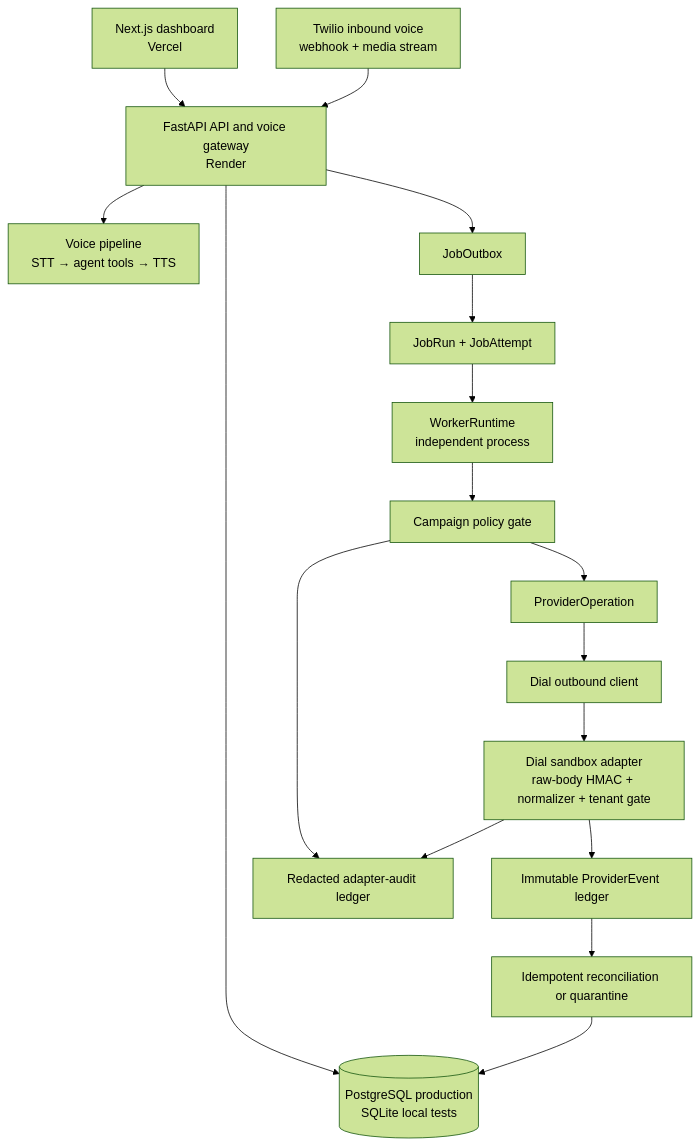
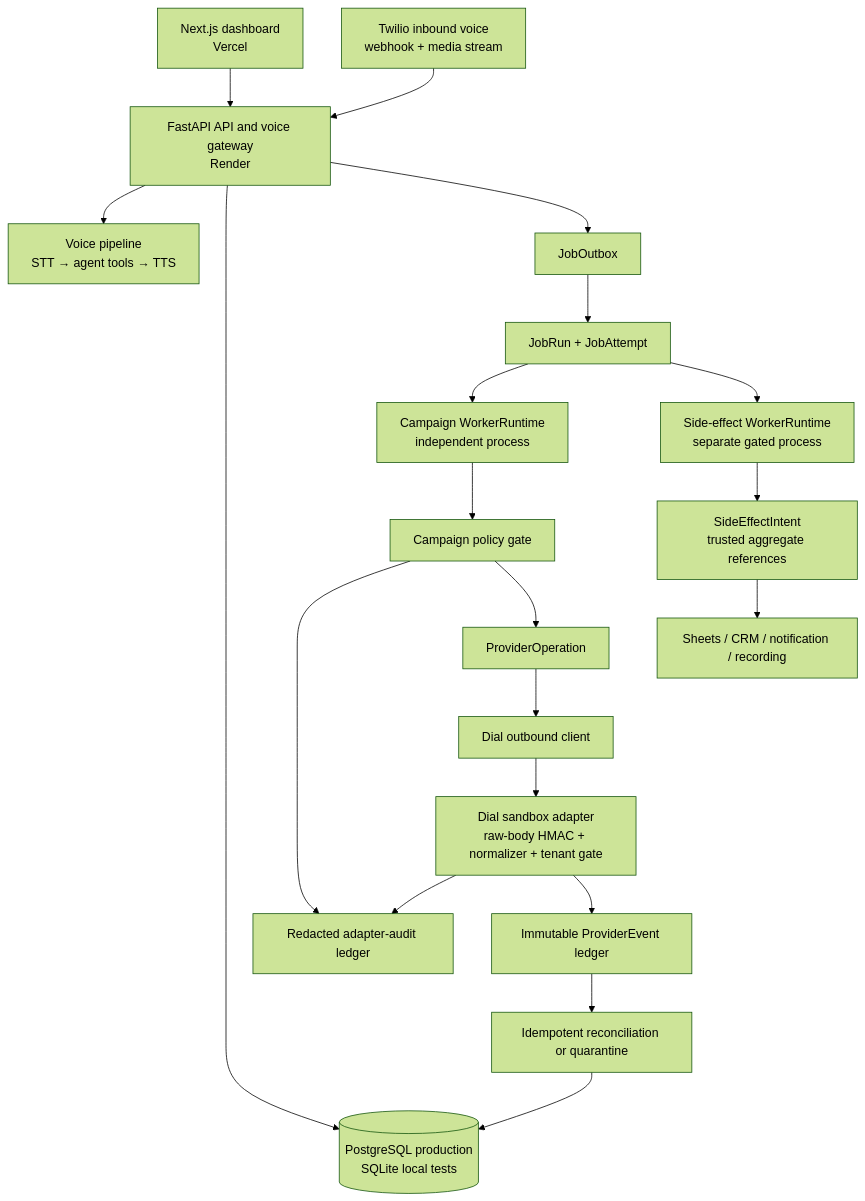
One commit to jeevesh2515/voxflow-voice-agent changed the first of 2 diagrams in ARCHITECTURE.md. Above: the diagram before and after it, drawn with Mermaid (forest theme). The commit also changed other lines of this file and 29 other files, not shown here.

Commit message:
feat: add typed durable side-effect jobs

````diff
--- a/ARCHITECTURE.md
+++ b/ARCHITECTURE.md
@@ -11,19 +11,22 @@
 ```mermaid
 flowchart TB
     Browser[Next.js dashboard\nVercel] --> API
     Twilio[Twilio inbound voice\nwebhook + media stream] --> API[FastAPI API and voice gateway\nRender]
     API --> Voice[Voice pipeline\nSTT → agent tools → TTS]
     API --> DB[(PostgreSQL production\nSQLite local tests)]
     API --> Outbox[JobOutbox]
     Outbox --> Ledger[JobRun + JobAttempt]
-    Ledger --> Worker[WorkerRuntime\nindependent process]
+    Ledger --> Worker[Campaign WorkerRuntime\nindependent process]
     Worker --> Gate[Campaign policy gate]
     Gate --> Audit[CampaignPolicyDecision]
     Gate --> ProviderOp[ProviderOperation]
+    Ledger --> SideWorker[Side-effect WorkerRuntime\nseparate gated process]
+    SideWorker --> Intent[SideEffectIntent\ntrusted aggregate references]
+    Intent --> Integrations[Sheets / CRM / notification / recording]
     ProviderOp --> Dial[Dial outbound client]
     Dial --> Callback[Dial sandbox adapter\nraw-body HMAC + normalizer + tenant gate]
     Callback --> Audit[Redacted adapter-audit ledger]
     Callback --> Events[Immutable ProviderEvent ledger]
     Events --> Recon[Idempotent reconciliation or quarantine]
     Recon --> DB
 ```
````
